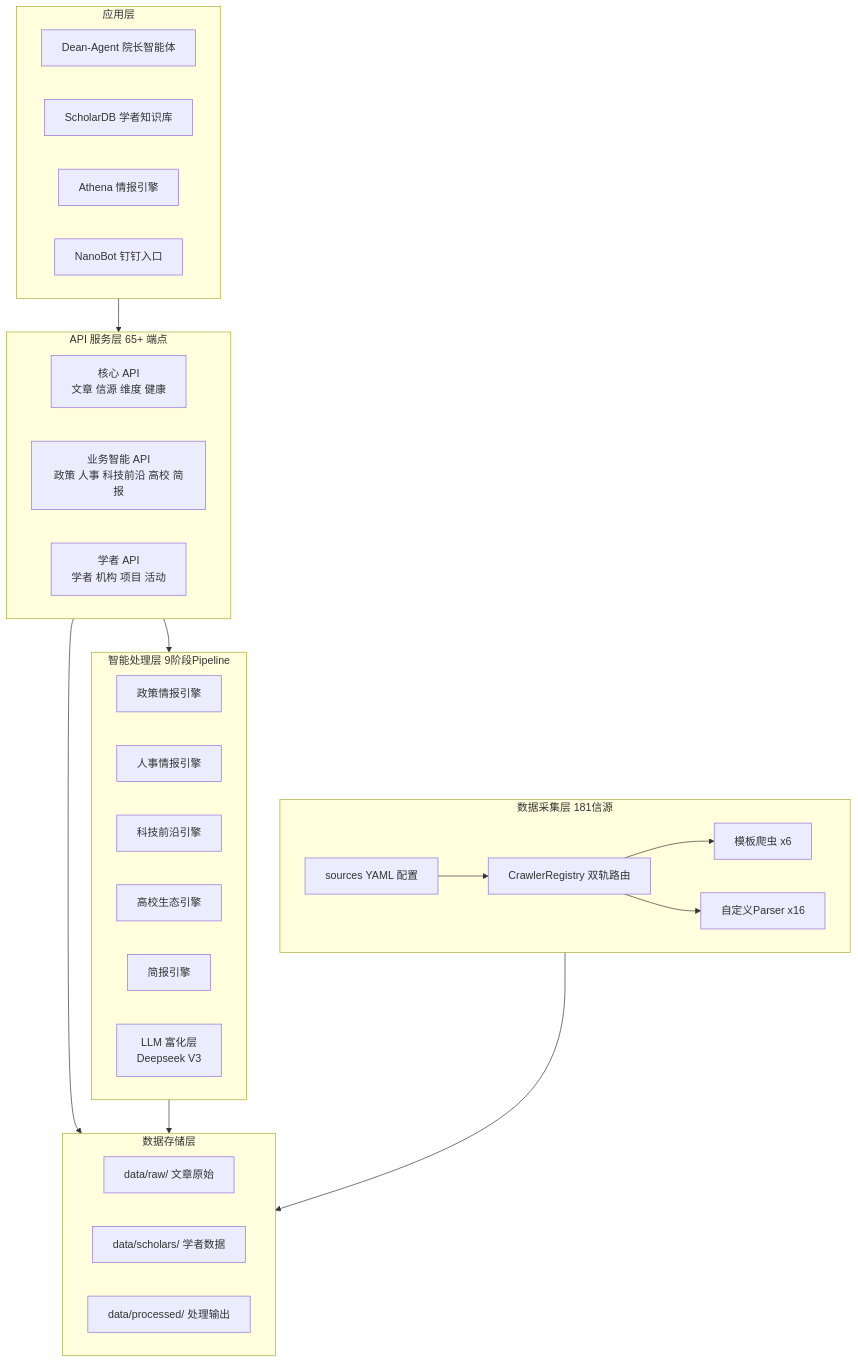
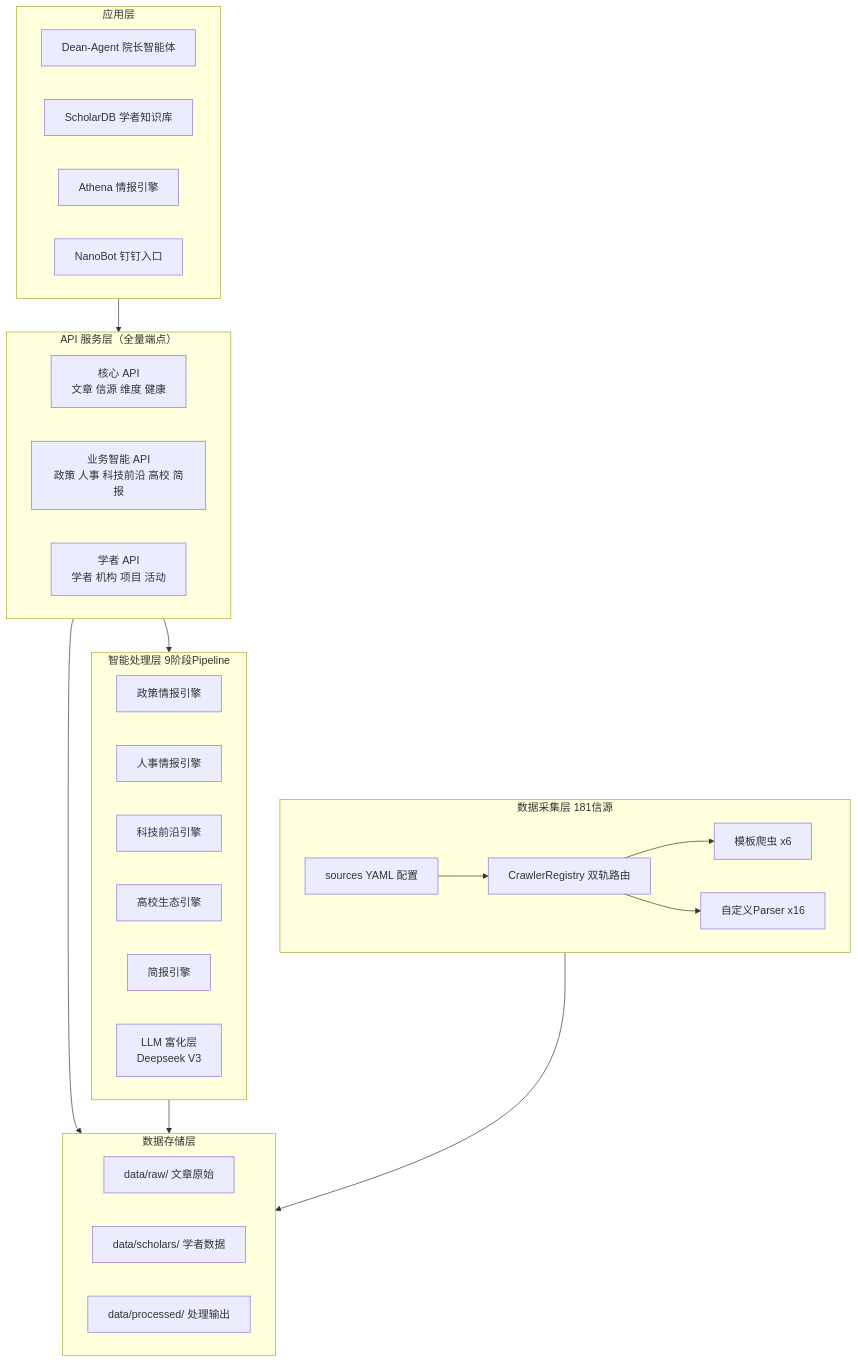
One commit to Ryder-MHumble/DeanAgent-Backend changed the first of 2 diagrams in docs/architecture.md. Above: the diagram before and after it, drawn with Mermaid. The commit also changed other lines of this file and 204 other files, not shown here.

````diff
--- a/docs/architecture.md
+++ b/docs/architecture.md
@@ -39,44 +39,44 @@
 ```mermaid
 graph TB
     subgraph APP["应用层"]
         DA["Dean-Agent 院长智能体"]
         SDB["ScholarDB 学者知识库"]
         ATH["Athena 情报引擎"]
         NB["NanoBot 钉钉入口"]
     end
 
-    subgraph API["API 服务层 65+ 端点"]
+    subgraph API["API 服务层（全量端点）"]
         CORE["核心 API\n文章 信源 维度 健康"]
         INTEL["业务智能 API\n政策 人事 科技前沿 高校 简报"]
         SCHOLAR["学者 API\n学者 机构 项目 活动"]
     end
 
     subgraph PROC["智能处理层 9阶段Pipeline"]
         PE["政策情报引擎"]
         PP["人事情报引擎"]
         TE["科技前沿引擎"]
         UE["高校生态引擎"]
         BE["简报引擎"]
         LLM["LLM 富化层\nDeepseek V3"]
     end
 
     subgraph STORE["数据存储层"]
         RAW["data/raw/ 文章原始"]
         SCH["data/scholars/ 学者数据"]
         PRO["data/processed/ 处理输出"]
     end
 
     subgraph INGEST["数据采集层 181信源"]
         YAML["sources YAML 配置"]
         REG["CrawlerRegistry 双轨路由"]
         TPL["模板爬虫 x6"]
         PSR["自定义Parser x16"]
     end
 
     APP --> API
     API --> PROC
     API --> STORE
     PROC --> STORE
     INGEST --> STORE
     YAML --> REG --> TPL & PSR
 ```
````
